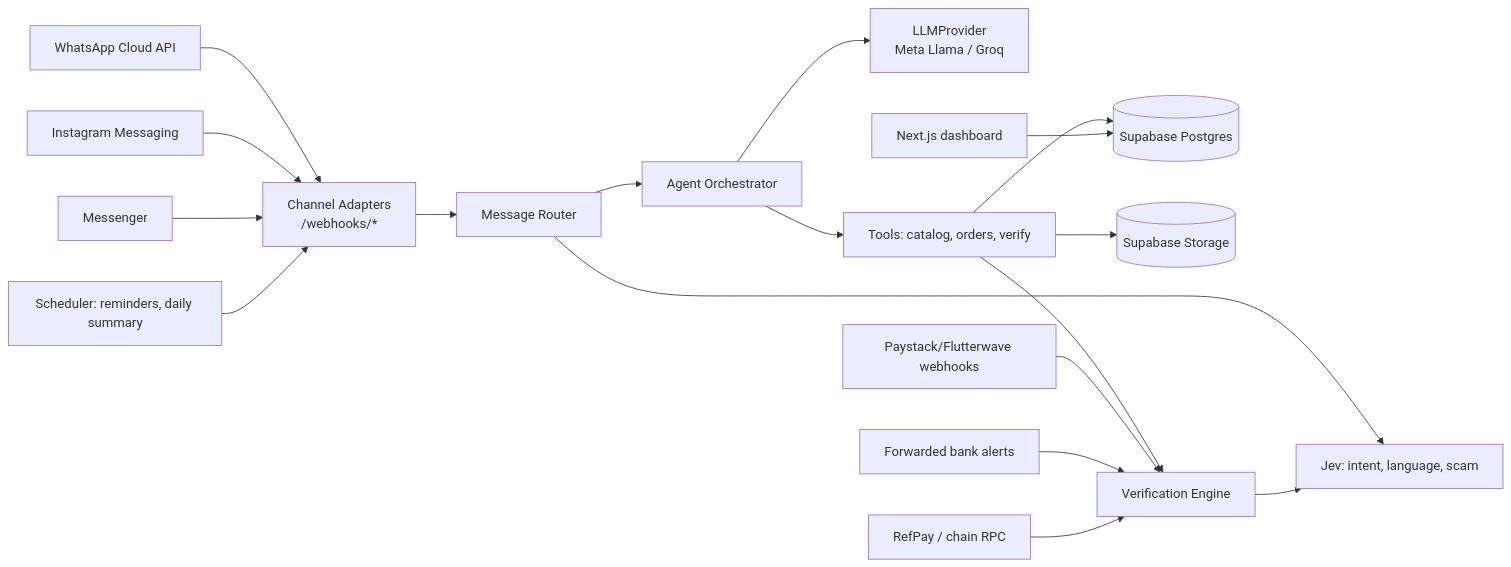
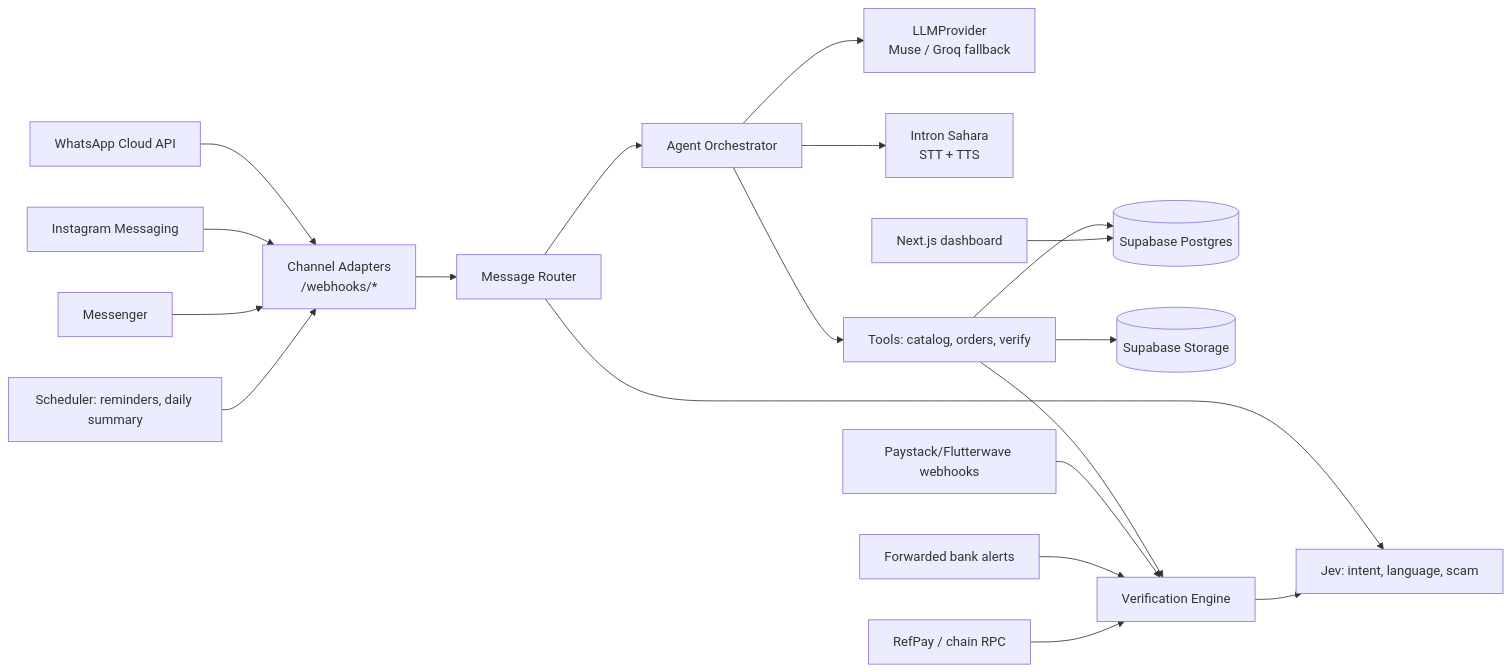
One commit to drizzy765/sell-safe changed the first of 3 diagrams in docs/architecture.md. Above: the diagram before and after it, drawn with Mermaid. The commit also changed other lines of this file and 47 other files, not shown here.

````diff
--- a/docs/architecture.md
+++ b/docs/architecture.md
@@ -4,20 +4,21 @@
 ```mermaid
 flowchart LR
   WA[WhatsApp Cloud API] --> GW
   IG[Instagram Messaging] --> GW
   FB[Messenger] --> GW
   GW[Channel Adapters<br/>/webhooks/*] --> Q[Message Router]
   Q --> JEV[Jev: intent, language, scam]
   Q --> AG[Agent Orchestrator]
-  AG --> LLM[LLMProvider<br/>Meta Llama / Groq]
+  AG --> LLM[LLMProvider<br/>Muse / Groq fallback]
+  AG --> SP[Intron Sahara<br/>STT + TTS]
   AG --> TOOLS[Tools: catalog, orders, verify]
   TOOLS --> DB[(Supabase Postgres)]
   TOOLS --> ST[(Supabase Storage)]
   TOOLS --> VER[Verification Engine]
   PS[Paystack/Flutterwave webhooks] --> VER
   ALERT[Forwarded bank alerts] --> VER
   CH[RefPay / chain RPC] --> VER
   VER --> JEV
   SCH[Scheduler: reminders, daily summary] --> GW
   DASH[Next.js dashboard] --> DB
 ```
````
